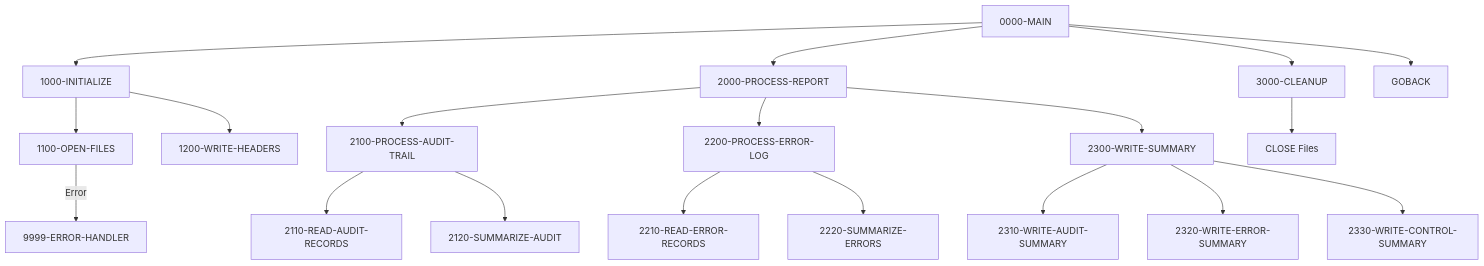
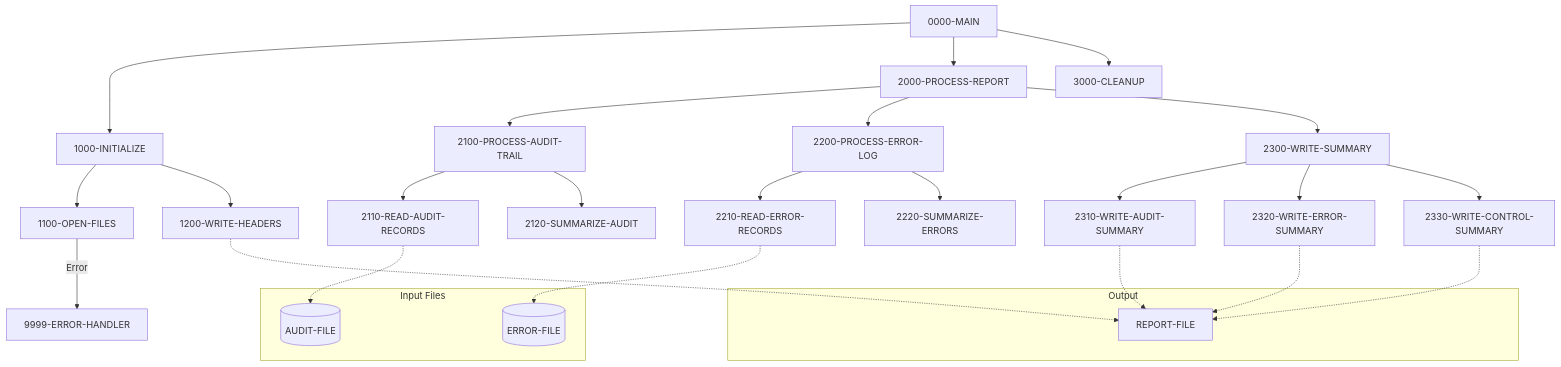
Before and after one commit to haladir-com/legacy-benchmark-docs-vb70e1: the diagram in docs/programs/RPTAUD00.mdx, drawn with Mermaid. The commit also changed other lines of this file and 64 other files, not shown here.

````diff
--- a/docs/programs/RPTAUD00.mdx
+++ b/docs/programs/RPTAUD00.mdx
@@ -20,27 +16,40 @@
 ```mermaid
 graph TD
     A[0000-MAIN] --> B[1000-INITIALIZE]
     A --> C[2000-PROCESS-REPORT]
     A --> D[3000-CLEANUP]
-    A --> E[GOBACK]
     
-    B --> B1[1100-OPEN-FILES]
-    B --> B2[1200-WRITE-HEADERS]
-    B1 -->|Error| ERR[9999-ERROR-HANDLER]
+    B --> E[1100-OPEN-FILES]
+    B --> F[1200-WRITE-HEADERS]
+    E -->|Error| G[9999-ERROR-HANDLER]
     
-    C --> C1[2100-PROCESS-AUDIT-TRAIL]
-    C --> C2[2200-PROCESS-ERROR-LOG]
-    C --> C3[2300-WRITE-SUMMARY]
+    C --> H[2100-PROCESS-AUDIT-TRAIL]
+    C --> I[2200-PROCESS-ERROR-LOG]
+    C --> J[2300-WRITE-SUMMARY]
     
-    C1 --> C1A[2110-READ-AUDIT-RECORDS]
-    C1 --> C1B[2120-SUMMARIZE-AUDIT]
+    H --> K[2110-READ-AUDIT-RECORDS]
+    H --> L[2120-SUMMARIZE-AUDIT]
     
-    C2 --> C2A[2210-READ-ERROR-RECORDS]
-    C2 --> C2B[2220-SUMMARIZE-ERRORS]
+    I --> M[2210-READ-ERROR-RECORDS]
+    I --> N[2220-SUMMARIZE-ERRORS]
     
-    C3 --> C3A[2310-WRITE-AUDIT-SUMMARY]
-    C3 --> C3B[2320-WRITE-ERROR-SUMMARY]
-    C3 --> C3C[2330-WRITE-CONTROL-SUMMARY]
+    J --> O[2310-WRITE-AUDIT-SUMMARY]
+    J --> P[2320-WRITE-ERROR-SUMMARY]
+    J --> Q[2330-WRITE-CONTROL-SUMMARY]
     
-    D --> D1[CLOSE Files]
+    subgraph "Input Files"
+        R[(AUDIT-FILE)]
+        S[(ERROR-FILE)]
+    end
+    
+    subgraph "Output"
+        T[REPORT-FILE]
+    end
+    
+    K -.-> R
+    M -.-> S
+    F -.-> T
+    O -.-> T
+    P -.-> T
+    Q -.-> T
 ```
````
